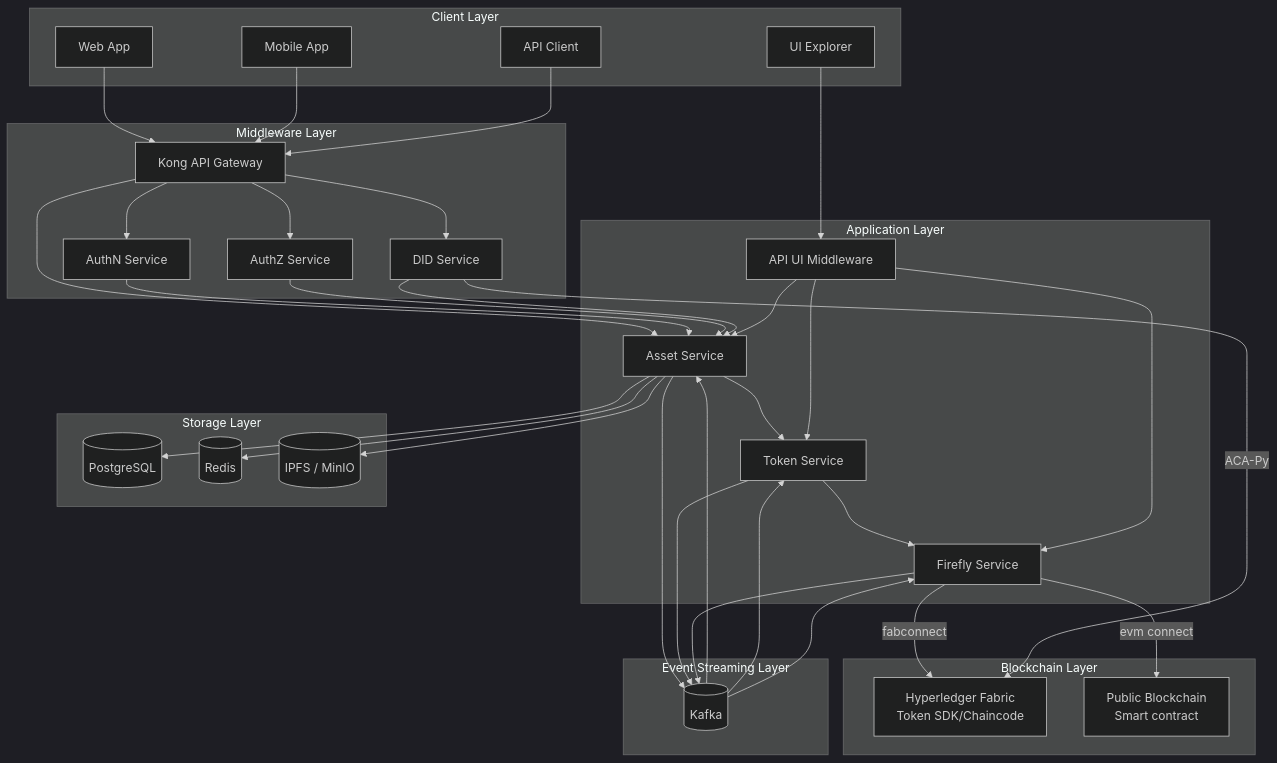
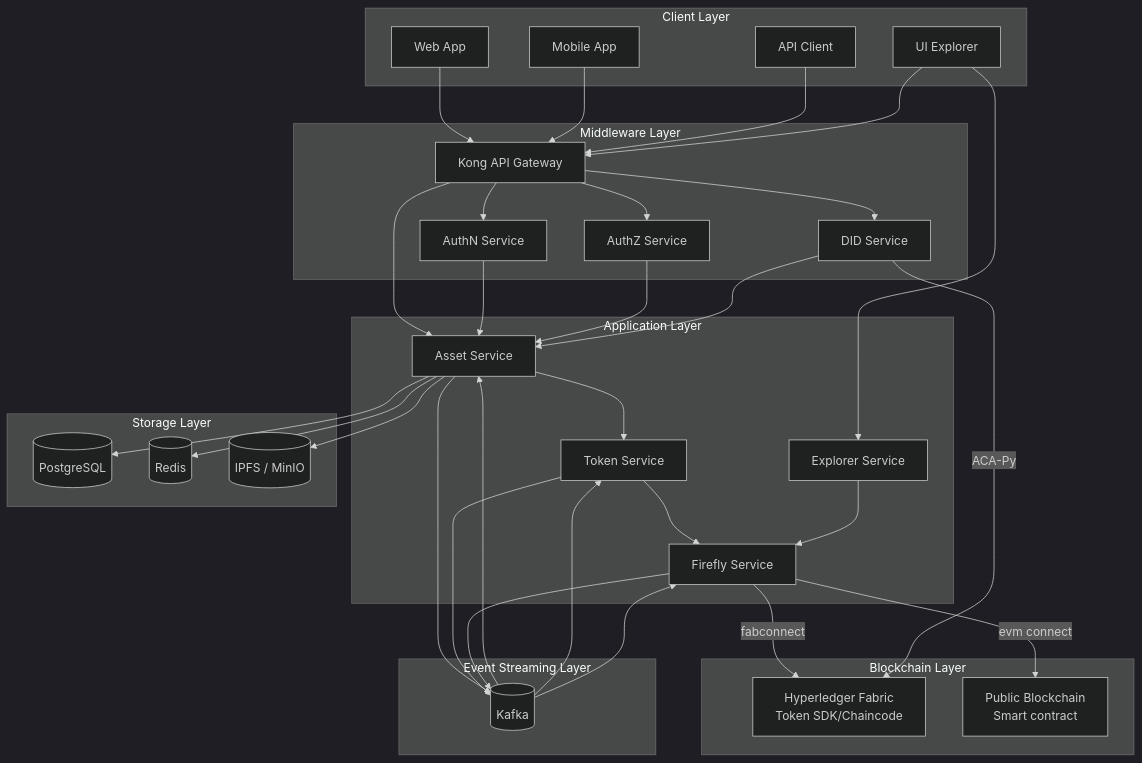
One commit to metafi-blockchain/metafi-digital-assets-service changed the first of 4 diagrams in docs/architecture-design.en.md. Above: the diagram before and after it, drawn with Mermaid (dark theme).

````diff
--- a/docs/architecture-design.en.md
+++ b/docs/architecture-design.en.md
@@ -19,73 +19,72 @@
 ```mermaid
 graph TD
     subgraph "Client Layer"
         Web[Web App]
         Mobile[Mobile App]
         API[API Client]
         Explorer[UI Explorer]
     end
 
     subgraph "Middleware Layer"
         Gateway[Kong API Gateway]
         AuthN[AuthN Service]
         AuthZ[AuthZ Service]
         DID["DID Service"]
     end
 
     subgraph "Application Layer"
         Asset[Asset Service]
         Token[Token Service]
         Firefly[Firefly Service]
-        APIUIMW[API UI Middleware]
+        ExplorerService[Explorer Service]
     end
 
     subgraph "Blockchain Layer"
         Fabric["Hyperledger Fabric<br/>Token SDK/Chaincode"]
         PublicChain[Public Blockchain<br/>  Smart contract]
     end
 
     subgraph "Storage Layer"
         DB[(PostgreSQL)]
         Cache[(Redis)]
         Storage[(IPFS / MinIO)]
     end
 
     subgraph "Event Streaming Layer"
         Kafka[(Kafka)]
     end
 
     Web --> Gateway
     Mobile --> Gateway
     API --> Gateway
-    Explorer --> APIUIMW
+    Explorer --> Gateway
 
     Gateway --> AuthN
     Gateway --> AuthZ
     Gateway --> Asset
     Gateway --> DID
 
     AuthN --> Asset
     AuthZ --> Asset
     DID --> Asset
 
     Asset --> Token
     Token --> Firefly
     Firefly --> |fabconnect| Fabric
     Firefly --> |evm connect| PublicChain
 
     Asset --> DB
     Asset --> Cache
     Asset --> Storage
     DID -->|ACA-Py| Fabric
 
     Asset --> Kafka
     Kafka --> Asset
     Token --> Kafka
     Kafka --> Token
     Firefly --> Kafka
     Kafka --> Firefly
 
-    APIUIMW --> Asset
-    APIUIMW --> Token
-    APIUIMW --> Firefly
+    Explorer --> ExplorerService
+    ExplorerService --> Firefly
 ```
````
